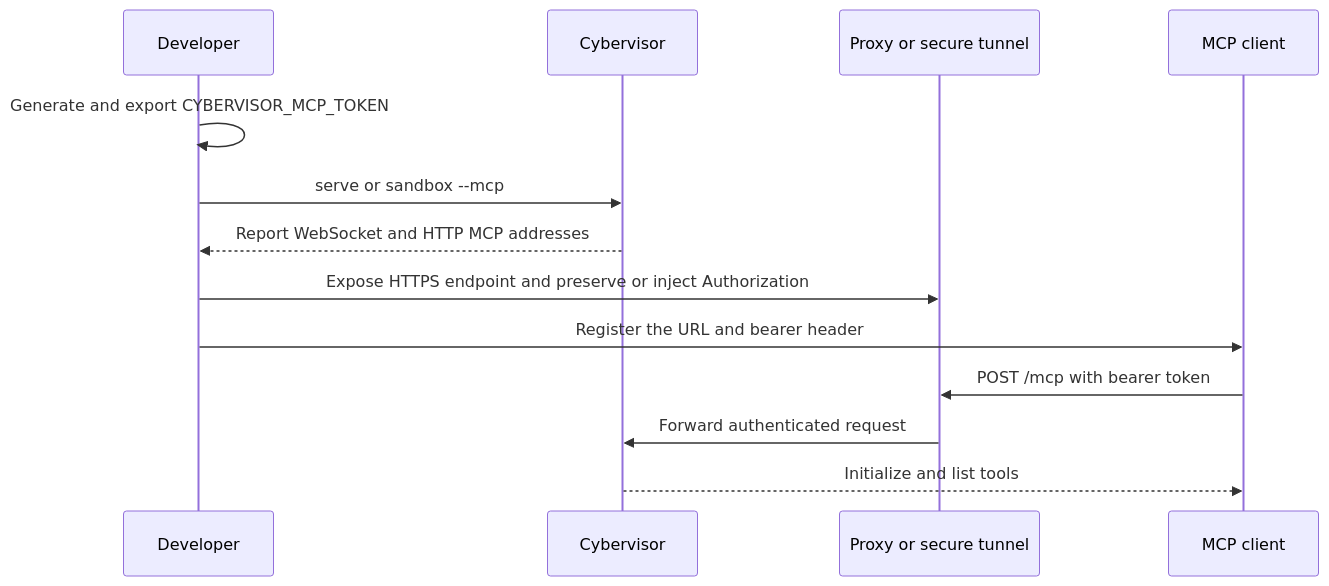
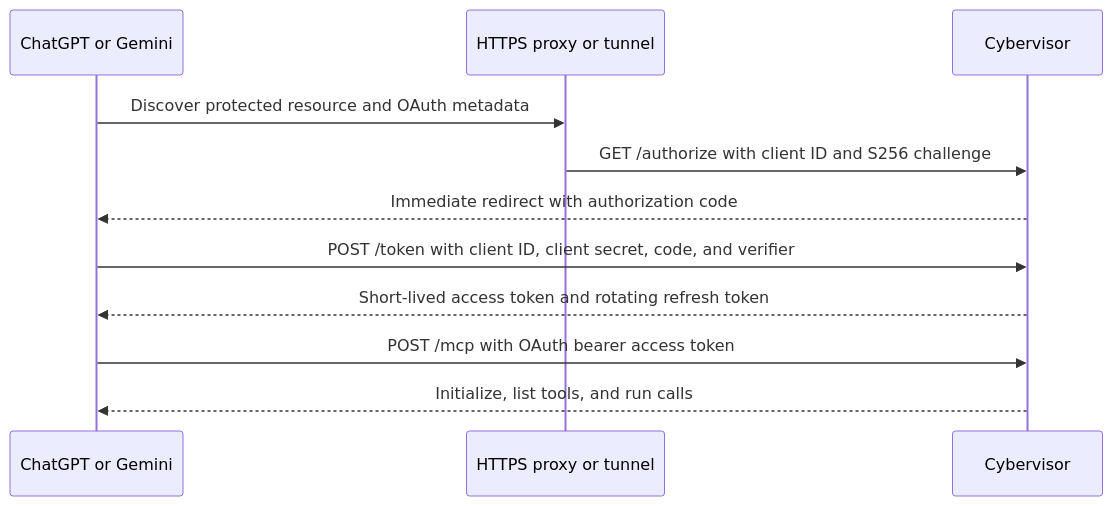
The first of 2 diagrams in docs/mcp-server.md (crzidea/cybervisor-docs), drawn with Mermaid before and after one commit. The commit also changed other lines of this file and 9 other files, not shown here.

Commit message:
feat: replace token-based MCP authentication with OAuth and update documentation for Node.js 22+ compatibility

````diff
--- a/docs/mcp-server.md
+++ b/docs/mcp-server.md
@@ -37,15 +71,13 @@
 ```mermaid
 sequenceDiagram
-    participant D as Developer
-    participant C as Cybervisor
-    participant G as Proxy or secure tunnel
-    participant M as MCP client
-    D->>D: Generate and export CYBERVISOR_MCP_TOKEN
-    D->>C: serve or sandbox --mcp
-    C-->>D: Report WebSocket and HTTP MCP addresses
-    D->>G: Expose HTTPS endpoint and preserve or inject Authorization
-    D->>M: Register the URL and bearer header
-    M->>G: POST /mcp with bearer token
-    G->>C: Forward authenticated request
-    C-->>M: Initialize and list tools
+    participant C as ChatGPT or Gemini
+    participant P as HTTPS proxy or tunnel
+    participant V as Cybervisor
+    C->>P: Discover protected resource and OAuth metadata
+    P->>V: GET /authorize with client ID and S256 challenge
+    V-->>C: Immediate redirect with authorization code
+    C->>V: POST /token with client ID, client secret, code, and verifier
+    V-->>C: Short-lived access token and rotating refresh token
+    C->>V: POST /mcp with OAuth bearer access token
+    V-->>C: Initialize, list tools, and run calls
 ```
````
